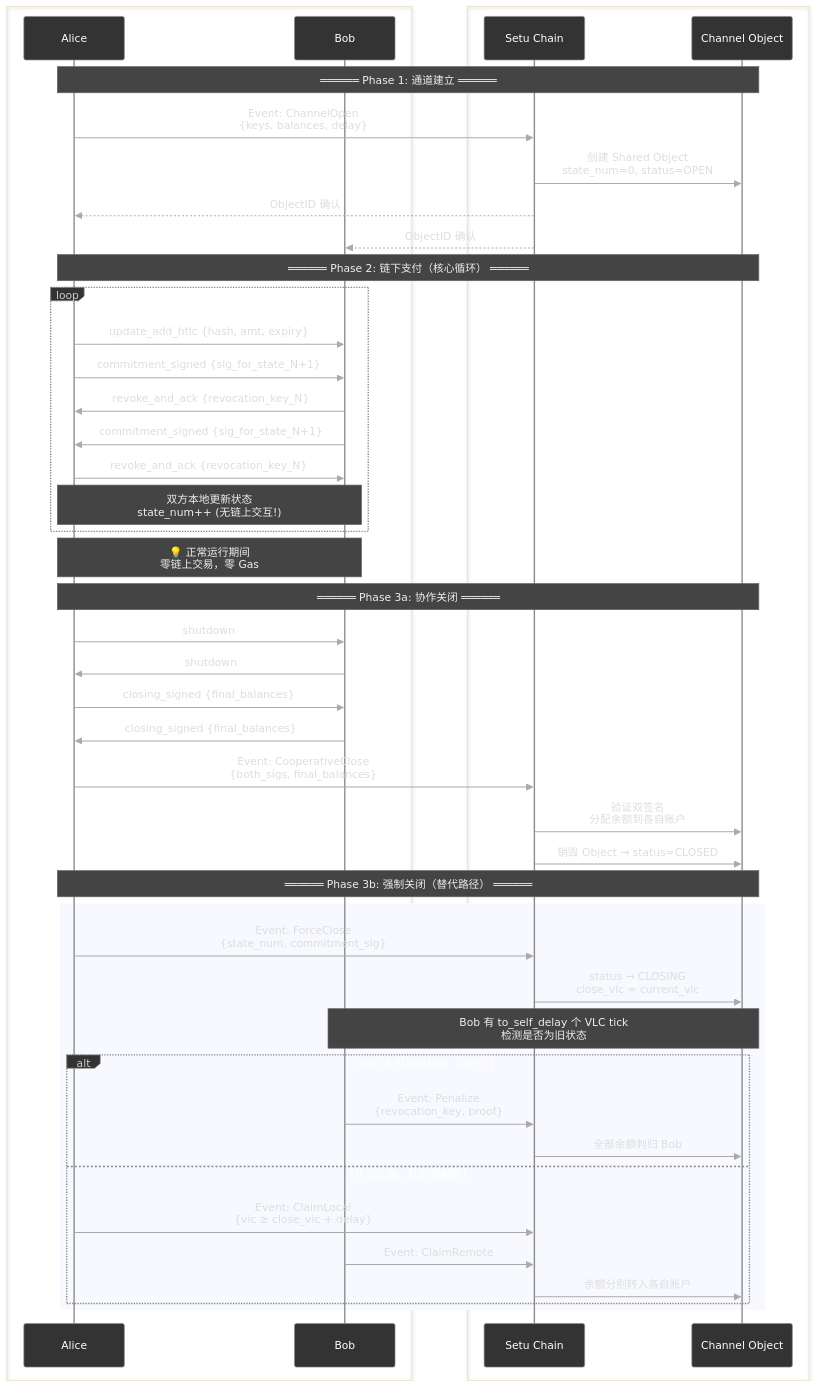
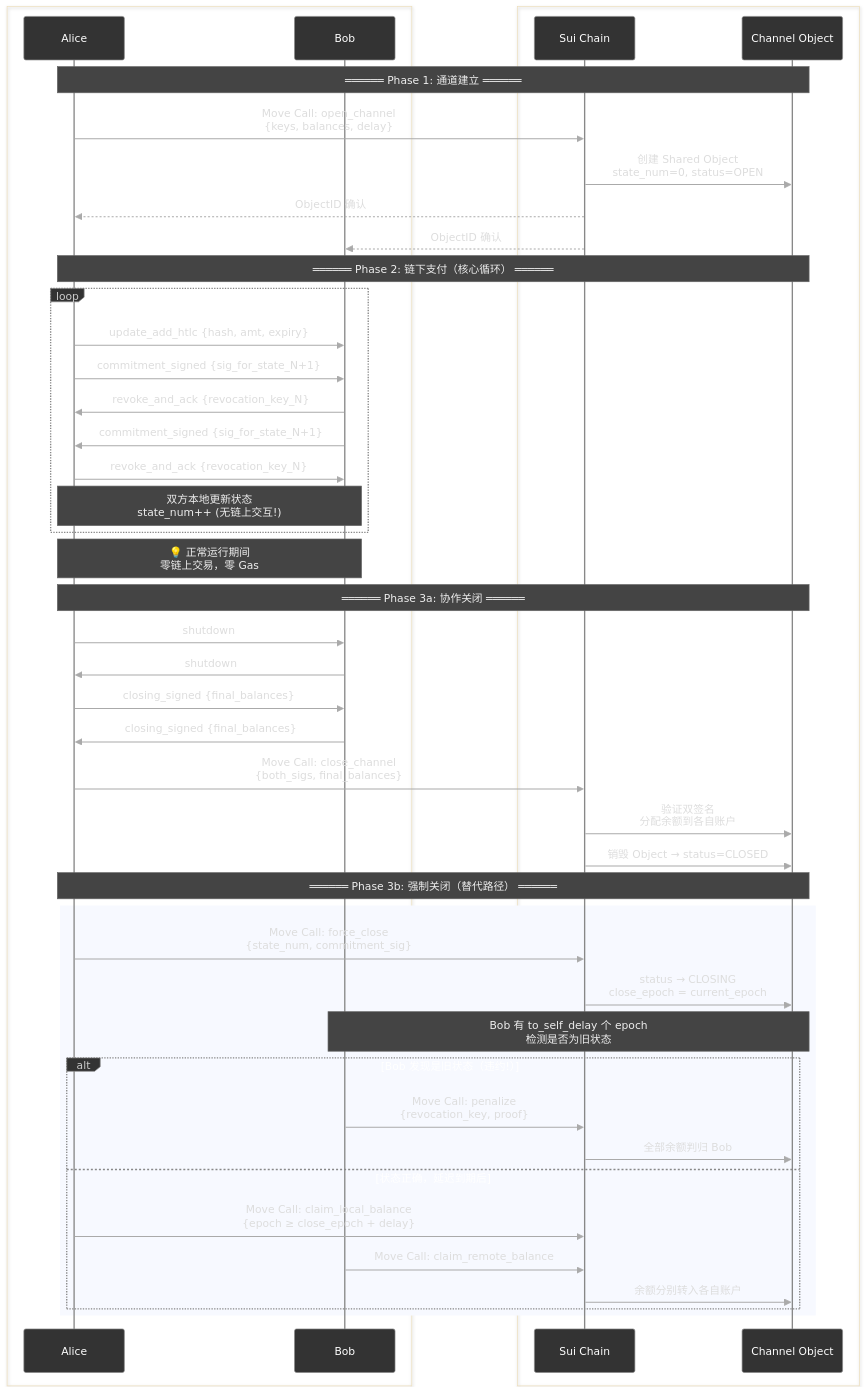
The ninth of 9 diagrams in 1-refactor-docs/lnd-and-setu-integration.md (loka-network/loka-p2p-lnd), drawn with Mermaid before and after one commit. The commit also changed other lines of this file and 43 other files, not shown here.

Commit message:
Refactor: Transition from Setu to Sui backend and implement base RPC client and wallet balance mapping

````diff
--- a/1-refactor-docs/lnd-and-setu-integration.md
+++ b/1-refactor-docs/lnd-and-setu-integration.md
@@ -493,78 +487,78 @@
 ```mermaid
 %%{init: {
   'theme': 'base',
   'themeVariables': {
     'actorBorder': '#888888',
     'actorBkg': '#333333',
     'actorTextColor': '#ffffff',
     'noteBkgColor': '#444444',
     'noteBorderColor': '#666666',
     'noteTextColor': '#eeeeee',
     'signalColor': '#aaaaaa',
     'signalTextColor': '#dddddd',
     'labelTextColor': '#cccccc',
     'loopTextColor': '#ffffff',
     'activationBkgColor': '#3a3a3a',
     'fillType0': '#2a2a2a'
   }
 }}%%
 
 sequenceDiagram
     box #2a2a2a 链下（Lightning Protocol）
         participant Alice
         participant Bob
     end
-    box #3a3a3a 链上（Setu DAG）
-        participant SetuChain as Setu Chain
+    box #3a3a3a 链上（Sui DAG）
+        participant SuiChain as Sui Chain
         participant ChanObj as Channel Object
     end
 
     Note over Alice, ChanObj: ══════ Phase 1: 通道建立 ══════
 
-    Alice->>SetuChain: Event: ChannelOpen<br/>{keys, balances, delay}
-    SetuChain->>ChanObj: 创建 Shared Object<br/>state_num=0, status=OPEN
-    SetuChain-->>Alice: ObjectID 确认
-    SetuChain-->>Bob: ObjectID 确认
+    Alice->>SuiChain: Move Call: open_channel<br/>{keys, balances, delay}
+    SuiChain->>ChanObj: 创建 Shared Object<br/>state_num=0, status=OPEN
+    SuiChain-->>Alice: ObjectID 确认
+    SuiChain-->>Bob: ObjectID 确认
 
     Note over Alice, ChanObj: ══════ Phase 2: 链下支付（核心循环） ══════
 
     loop 每次支付/转发
         Alice->>Bob: update_add_htlc {hash, amt, expiry}
         Alice->>Bob: commitment_signed {sig_for_state_N+1}
         Bob->>Alice: revoke_and_ack {revocation_key_N}
         Bob->>Alice: commitment_signed {sig_for_state_N+1}
         Alice->>Bob: revoke_and_ack {revocation_key_N}
         Note over Alice, Bob: 双方本地更新状态<br/>state_num++ (无链上交互!)
     end
 
     Note over Alice, Bob: 💡 正常运行期间<br/>零链上交易，零 Gas
 
     Note over Alice, ChanObj: ══════ Phase 3a: 协作关闭 ══════
 
     Alice->>Bob: shutdown
     Bob->>Alice: shutdown
     Alice->>Bob: closing_signed {final_balances}
     Bob->>Alice: closing_signed {final_balances}
 
-    Alice->>SetuChain: Event: CooperativeClose<br/>{both_sigs, final_balances}
-    SetuChain->>ChanObj: 验证双签名<br/>分配余额到各自账户
-    SetuChain->>ChanObj: 销毁 Object → status=CLOSED
+    Alice->>SuiChain: Move Call: close_channel<br/>{both_sigs, final_balances}
+    SuiChain->>ChanObj: 验证双签名<br/>分配余额到各自账户
+    SuiChain->>ChanObj: 销毁 Object → status=CLOSED
 
     Note over Alice, ChanObj: ══════ Phase 3b: 强制关闭（替代路径） ══════
 
     rect #4a4a4a
-        Alice->>SetuChain: Event: ForceClose<br/>{state_num, commitment_sig}
-        SetuChain->>ChanObj: status → CLOSING<br/>close_vlc = current_vlc
+        Alice->>SuiChain: Move Call: force_close<br/>{state_num, commitment_sig}
+        SuiChain->>ChanObj: status → CLOSING<br/>close_epoch = current_epoch
 
-        Note over Bob, ChanObj: Bob 有 to_self_delay 个 VLC tick<br/>检测是否为旧状态
+        Note over Bob, ChanObj: Bob 有 to_self_delay 个 epoch<br/>检测是否为旧状态
 
         alt Bob 发现是旧状态（违约!）
-            Bob->>SetuChain: Event: Penalize<br/>{revocation_key, proof}
-            SetuChain->>ChanObj: 全部余额判归 Bob
+            Bob->>SuiChain: Move Call: penalize<br/>{revocation_key, proof}
+            SuiChain->>ChanObj: 全部余额判归 Bob
         else 状态正确，延迟到期后
-            Alice->>SetuChain: Event: ClaimLocal<br/>{vlc ≥ close_vlc + delay}
-            Bob->>SetuChain: Event: ClaimRemote
-            SetuChain->>ChanObj: 余额分别转入各自账户
+            Alice->>SuiChain: Move Call: claim_local_balance<br/>{epoch ≥ close_epoch + delay}
+            Bob->>SuiChain: Move Call: claim_remote_balance
+            SuiChain->>ChanObj: 余额分别转入各自账户
         end
     end
 ```
````
